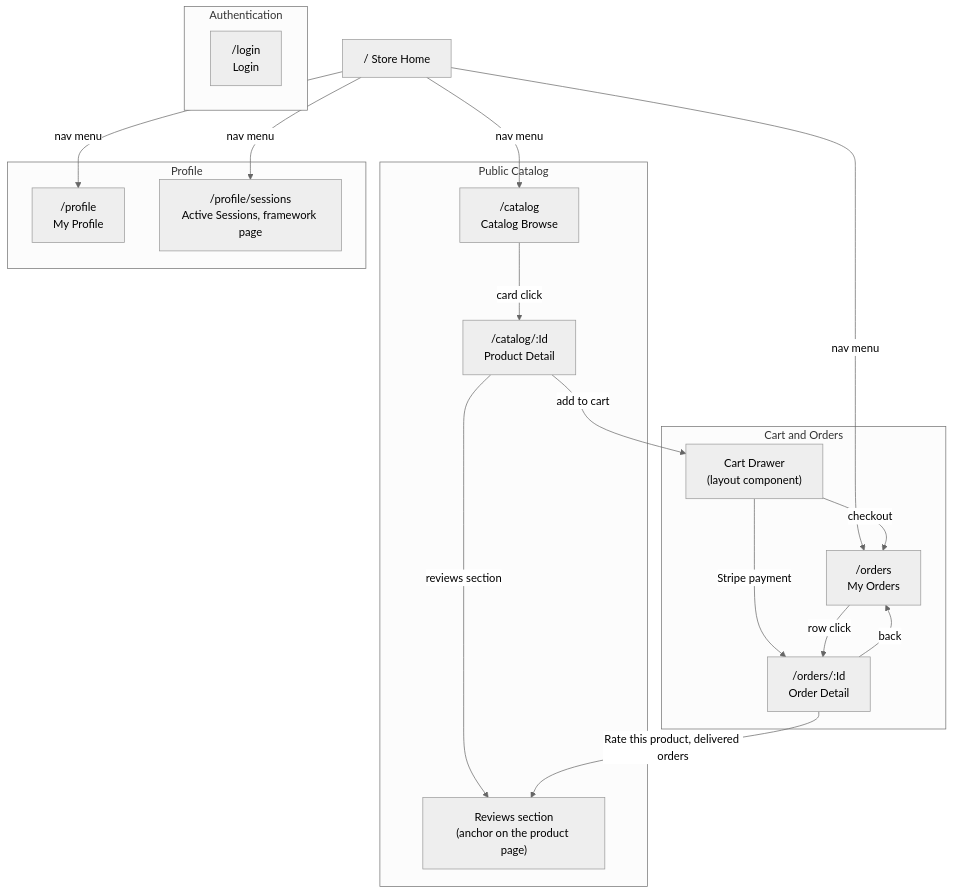
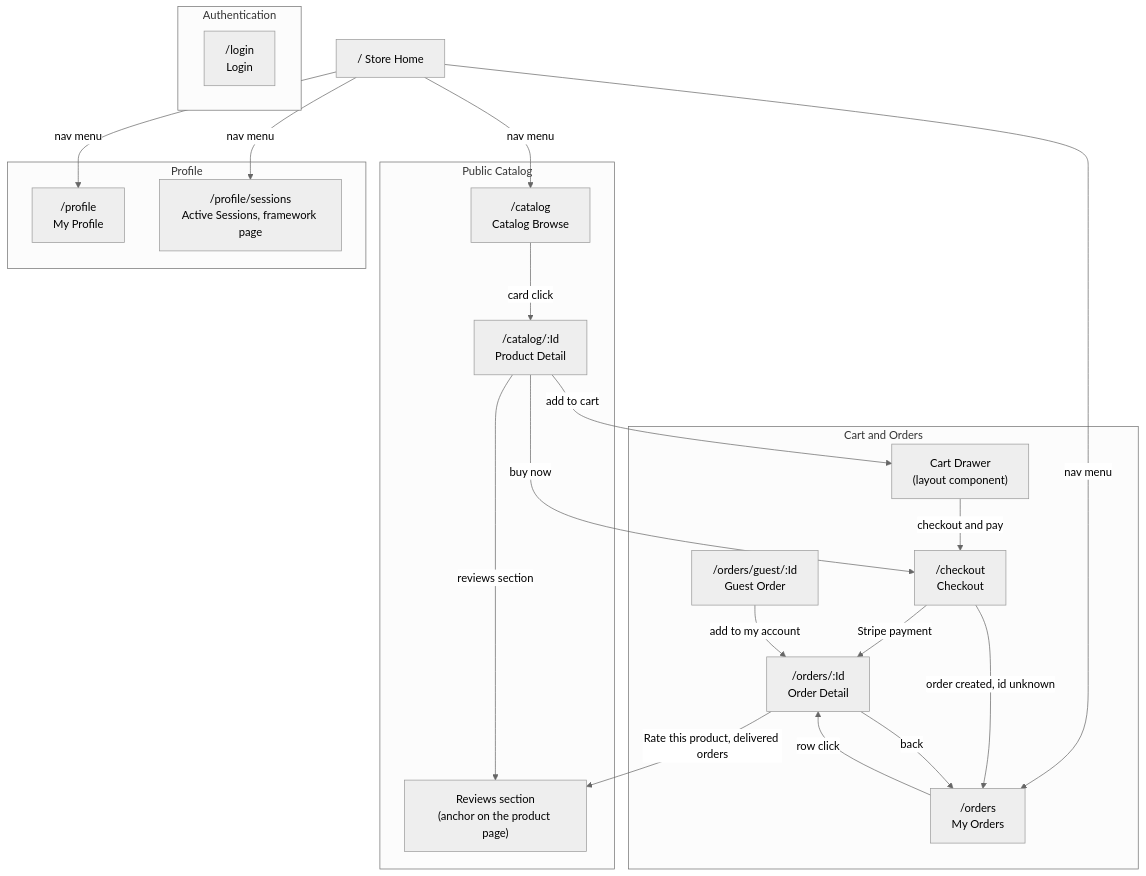
The second of 3 diagrams in docs-src/guides/store-NavigationFlow.md (ivanball/ivanball.github.io), drawn with Mermaid (neutral theme) before and after one commit. The commit also changed other lines of this file and 7 other files, not shown here.

````diff
--- a/docs-src/guides/store-NavigationFlow.md
+++ b/docs-src/guides/store-NavigationFlow.md
@@ -68,41 +96,46 @@
 ```mermaid
 flowchart TD
     subgraph Auth["Authentication"]
         Login["/login<br/>Login"]
     end
 
     subgraph Catalog["Public Catalog"]
         Browse["/catalog<br/>Catalog Browse"]
         ProductDetail["/catalog/:Id<br/>Product Detail"]
         Reviews["Reviews section<br/>(anchor on the product page)"]
     end
 
     subgraph Sales["Cart and Orders"]
         Cart["Cart Drawer<br/>(layout component)"]
+        Checkout["/checkout<br/>Checkout"]
         Orders["/orders<br/>My Orders"]
         OrderDetail["/orders/:Id<br/>Order Detail"]
+        GuestOrder["/orders/guest/:Id<br/>Guest Order"]
     end
 
     subgraph Identity["Profile"]
         Profile["/profile<br/>My Profile"]
         Sessions["/profile/sessions<br/>Active Sessions, framework page"]
     end
 
     Home["/  Store Home"]
 
     Home -->|nav menu| Browse
     Home -->|nav menu| Orders
     Home -->|nav menu| Profile
     Home -->|nav menu| Sessions
 
     Browse -->|card click| ProductDetail
     ProductDetail -->|add to cart| Cart
-    Cart -->|checkout| Orders
-    Cart -->|Stripe payment| OrderDetail
+    ProductDetail -->|buy now| Checkout
+    Cart -->|checkout and pay| Checkout
+    Checkout -->|Stripe payment| OrderDetail
+    Checkout -->|order created, id unknown| Orders
 
     Orders -->|row click| OrderDetail
     OrderDetail -->|back| Orders
+    GuestOrder -->|add to my account| OrderDetail
 
     ProductDetail -->|reviews section| Reviews
     OrderDetail -->|Rate this product, delivered orders| Reviews
 ```
````
